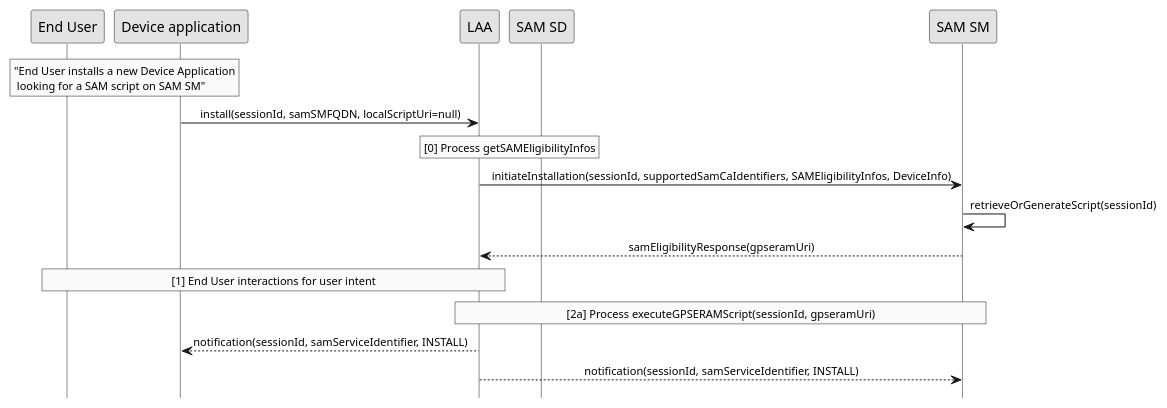
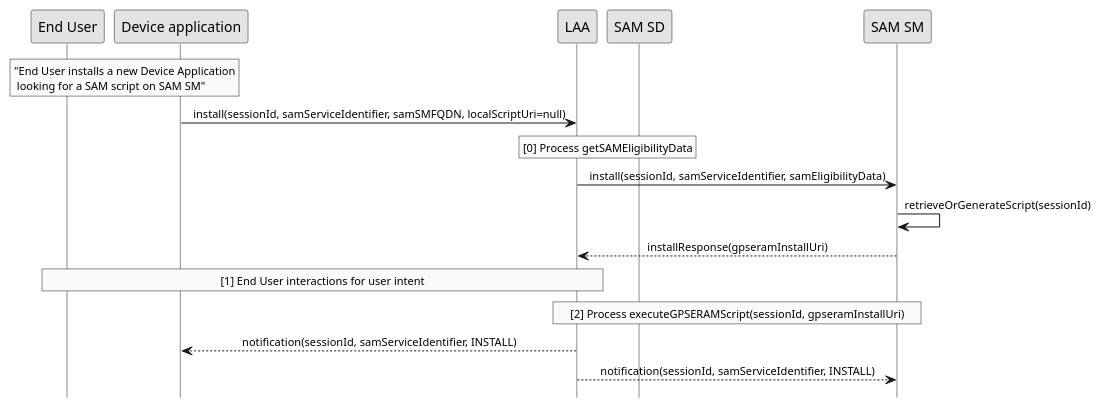
One commit to GlobalPlatform/LAA-SAM_SM-Interface changed the diagram in doc/uml/install-samsm.pu. Above: the diagram before and after it, drawn with PlantUML. The commit also changed 10 other files, not shown here.

```diff
--- a/doc/uml/install-samsm.pu
+++ b/doc/uml/install-samsm.pu
@@ -1,36 +1,36 @@
 @startuml
  
 hide footbox
 skinparam sequenceMessageAlign center
 skinparam sequenceArrowFontSize 11
 skinparam noteFontSize 11
 skinparam monochrome true
 skinparam lifelinestrategy solid
  
 rnote over "End User", "Device application"
      "End User installs a new Device Application
       looking for a SAM script on SAM SM"
 end rnote
 
-"Device application" -> LAA : install(sessionId, samSMFQDN, localScriptUri=null)
+"Device application" -> LAA : install(sessionId, samServiceIdentifier, samSMFQDN, localScriptUri=null)
 
 rnote over "LAA", "SAM SD"
-     [0] Process getSAMEligibilityInfos
+     [0] Process getSAMEligibilityData
 end rnote
 
-"LAA" -> "SAM SM" : initiateInstallation(sessionId, supportedSamCaIdentifiers, SAMEligibilityInfos, DeviceInfo)
+"LAA" -> "SAM SM" : install(sessionId, samServiceIdentifier, samEligibilityData)
 "SAM SM" -> "SAM SM" : retrieveOrGenerateScript(sessionId)
-"SAM SM" --> LAA : samEligibilityResponse(gpseramUri)
+"SAM SM" --> LAA : installResponse(gpseramInstallUri)
  
 rnote over "LAA", "End User"
      [1] End User interactions for user intent
 end rnote
  
 rnote over "LAA", "SAM SM"
-     [2a] Process executeGPSERAMScript(sessionId, gpseramUri)
+     [2] Process executeGPSERAMScript(sessionId, gpseramInstallUri)
 end rnote
  
 LAA --> "Device application" : notification(sessionId, samServiceIdentifier, INSTALL)
  
 LAA --> "SAM SM" : notification(sessionId, samServiceIdentifier, INSTALL)
 @enduml
```
